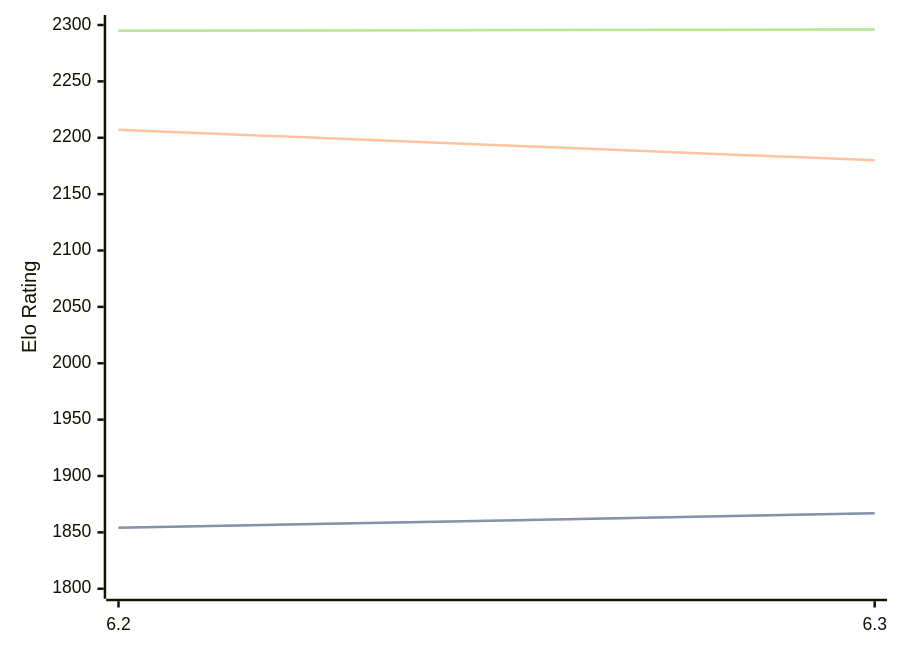
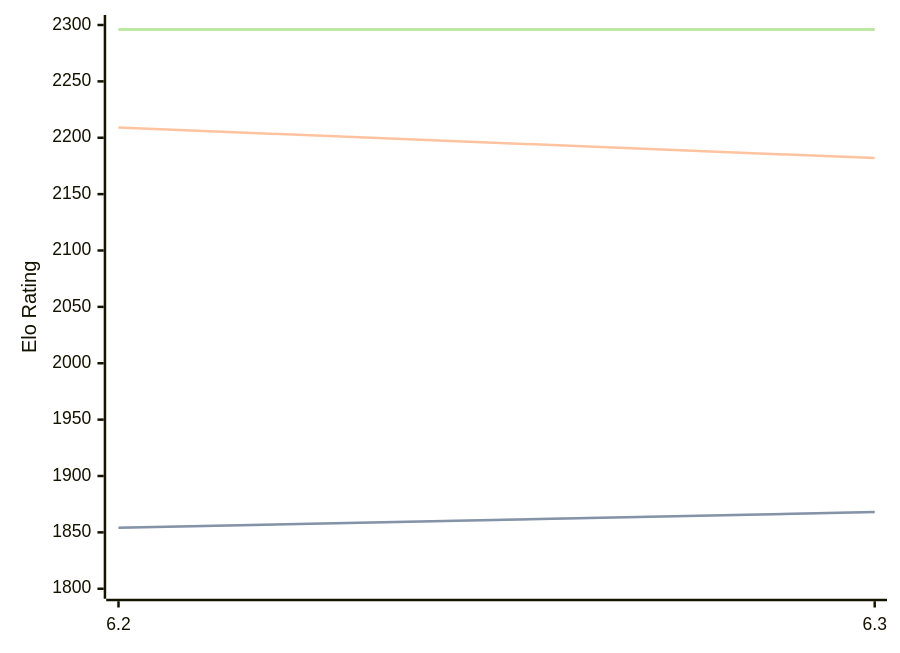
One commit to computer-chess-index/cci changed the diagram in engines/chess4j.md. Above: the diagram before and after it, drawn with Mermaid. The commit also changed other lines of this file, not shown here.

Commit message:
Update CCI Ratings (ELO VLTC) - 2026-08-29

````diff
--- a/engines/chess4j.md
+++ b/engines/chess4j.md
@@ -32,11 +32,11 @@
 ```mermaid
 %%{init: {"theme":"base","themeVariables":{"seriesColors:['#a3a3a3','#222221','#faa371']}}}%%
 xychart-beta
   x-axis ["6.2", "6.3"]
   y-axis "Elo Rating" 1800 --> 2300
-  line "" [1854, 1867]
-  line "STC (8.0+0.08s)" [1854, 1867]
-  line "LTC (60.0+0.60s)" [2207, 2180]
-  line "" [2295, 2296]
-  line "VLTC (2m24s+1.12s)" [2295, 2296]
+  line "" [1854, 1868]
+  line "STC (8.0+0.08s)" [1854, 1868]
+  line "LTC (60.0+0.60s)" [2209, 2182]
+  line "" [2296, 2296]
+  line "VLTC (2m24s+1.12s)" [2296, 2296]
 ```
````
